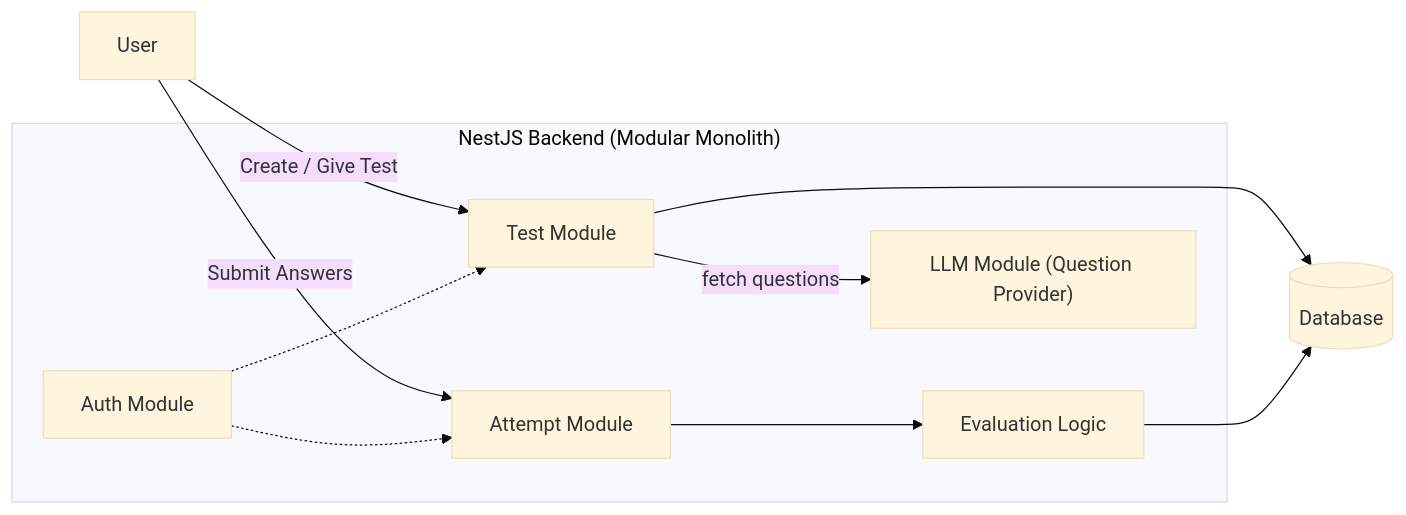
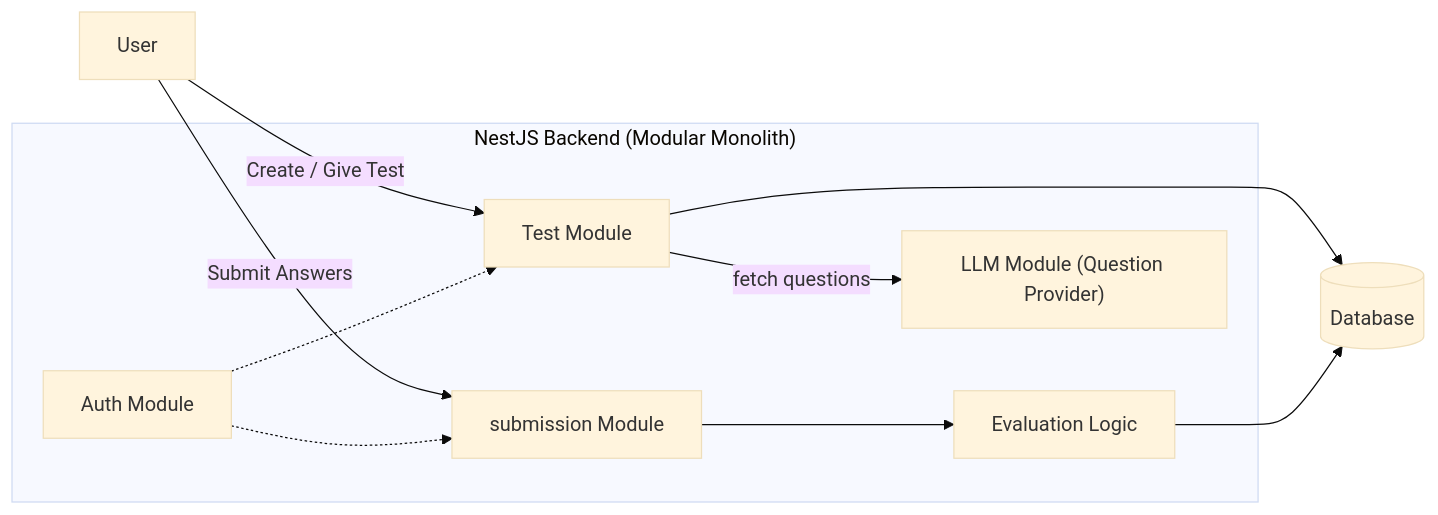
One commit to sharma-dikshant/TestFlow-Docs changed the second of 3 diagrams in docs/phase-1/architecture.md. Above: the diagram before and after it, drawn with Mermaid (base theme). The commit also changed other lines of this file and 1 other file, not shown here.

````diff
--- a/docs/phase-1/architecture.md
+++ b/docs/phase-1/architecture.md
@@ -56,25 +57,25 @@
 ```mermaid
 flowchart LR
     user["User"]
 
     subgraph backend["NestJS Backend (Modular Monolith)"]
         auth["Auth Module"]
         test["Test Module"]
-        attempt["Attempt Module"]
+        submission["submission Module"]
         evaluation["Evaluation Logic"]
         llm["LLM Module (Question Provider)"]
     end
 
     db[(Database)]
 
     user -->|"Create / Give Test"| test
     test -->|"fetch questions"| llm
     test --> db
 
-    user -->|"Submit Answers"| attempt
-    attempt --> evaluation
+    user -->|"Submit Answers"| submission
+    submission --> evaluation
     evaluation --> db
 
     auth -.-> test
-    auth -.-> attempt
+    auth -.-> submission
 ```
````
